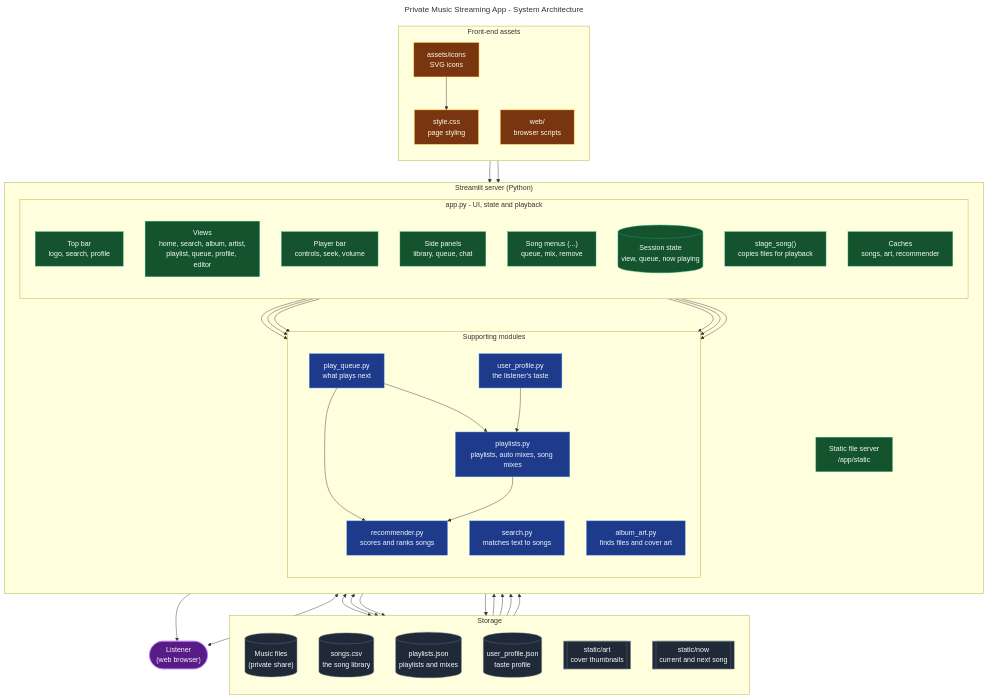
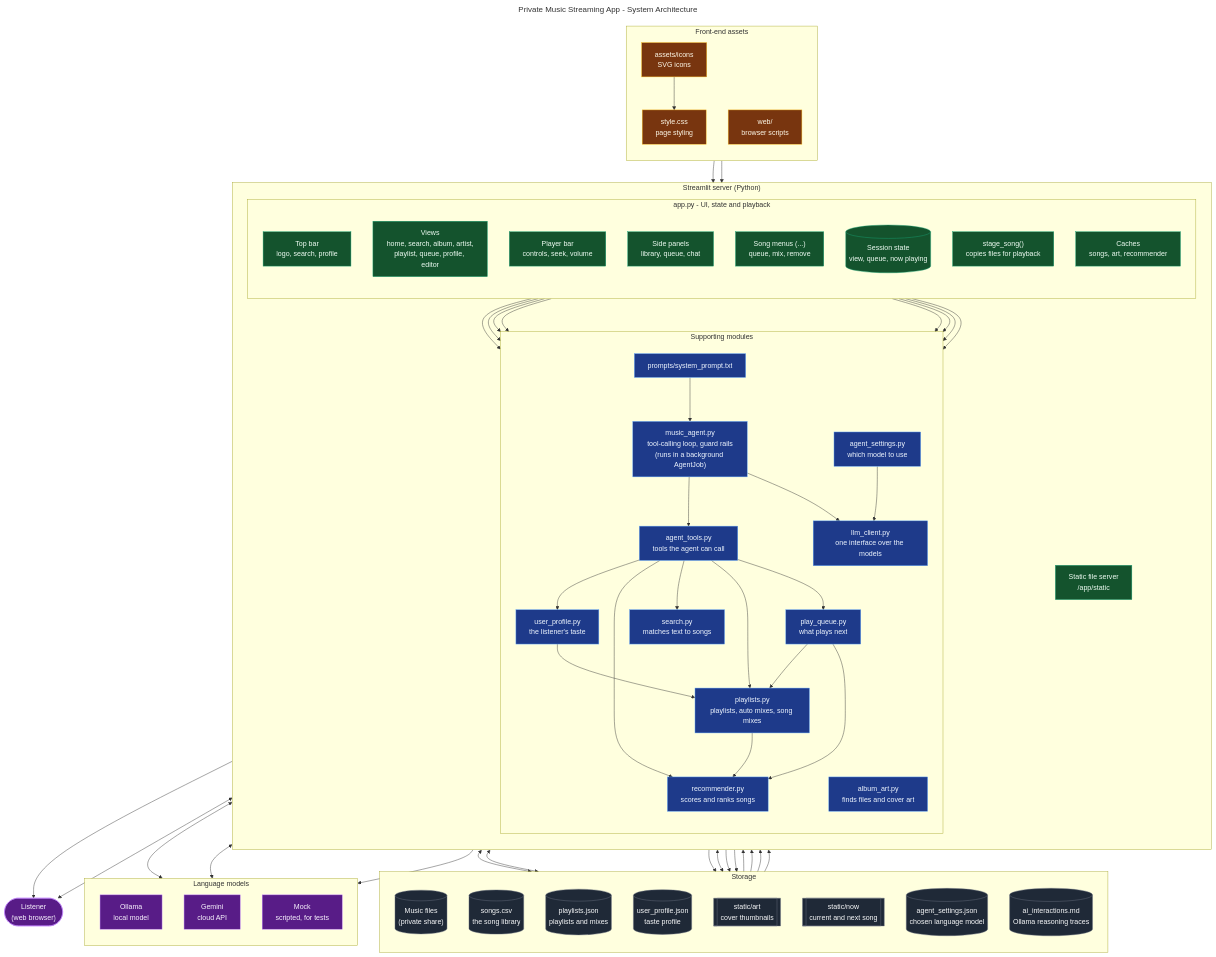
The diagram in diagrams/architecture.mmd (GiorgioCassata/applied-ai-system-project), drawn with Mermaid before and after one commit. The commit also changed 3 other files, not shown here.

```diff
--- a/diagrams/architecture.mmd
+++ b/diagrams/architecture.mmd
@@ -1,103 +1,137 @@
 ---
 title: Private Music Streaming App - System Architecture
 ---
 flowchart TB
 
     %% ---------- Actors ----------
     user(["Listener<br/>(web browser)"])
 
     %% ---------- Storage ----------
     subgraph storage["Storage"]
         direction TB
         music[("Music files<br/>(private share)")]
         csv[("songs.csv<br/>the song library")]
         pljson[("playlists.json<br/>playlists and mixes")]
         profjson[("user_profile.json<br/>taste profile")]
         artdir[["static/art<br/>cover thumbnails"]]
         nowdir[["static/now<br/>current and next song"]]
+        settingsjson[("agent_settings.json<br/>chosen language model")]
+        tracemd[("ai_interactions.md<br/>Ollama reasoning traces")]
+    end
+
+    %% ---------- Language models ----------
+    subgraph models["Language models"]
+        direction TB
+        ollama["Ollama<br/>local model"]
+        gemini["Gemini<br/>cloud API"]
+        mock["Mock<br/>scripted, for tests"]
     end
 
     %% ---------- Front-end assets ----------
     subgraph assets["Front-end assets"]
         direction TB
         css["style.css<br/>page styling"]
         icons["assets/icons<br/>SVG icons"]
         web["web/<br/>browser scripts"]
     end
 
     %% ---------- Streamlit server ----------
     subgraph server["Streamlit server (Python)"]
         direction TB
 
         subgraph appbox["app.py - UI, state and playback"]
             direction TB
             topbar["Top bar<br/>logo, search, profile"]
             views["Views<br/>home, search, album, artist,<br/>playlist, queue, profile, editor"]
             player["Player bar<br/>controls, seek, volume"]
             panels["Side panels<br/>library, queue, chat"]
             menus["Song menus (...)<br/>queue, mix, remove"]
             session[("Session state<br/>view, queue, now playing")]
             stage["stage_song()<br/>copies files for playback"]
             cache["Caches<br/>songs, art, recommender"]
         end
 
         subgraph logic["Supporting modules"]
             direction TB
             recsys["recommender.py<br/>scores and ranks songs"]
             queue["play_queue.py<br/>what plays next"]
             plib["playlists.py<br/>playlists, auto mixes, song mixes"]
             searchlib["search.py<br/>matches text to songs"]
             proflib["user_profile.py<br/>the listener's taste"]
             artlib["album_art.py<br/>finds files and cover art"]
+            agent["music_agent.py<br/>tool-calling loop, guard rails<br/>(runs in a background AgentJob)"]
+            tools["agent_tools.py<br/>tools the agent can call"]
+            llm["llm_client.py<br/>one interface over the models"]
+            asettings["agent_settings.py<br/>which model to use"]
+            prompt["prompts/system_prompt.txt"]
         end
 
         static["Static file server<br/>/app/static"]
     end
 
     %% ---------- Listener ----------
     user <--> appbox
     static --> user
 
     %% ---------- App uses the modules ----------
     appbox --> recsys
     appbox --> queue
     appbox --> plib
     appbox --> searchlib
     appbox --> proflib
     appbox --> artlib
+    panels --> agent
+    appbox --> asettings
 
     %% ---------- Modules use each other ----------
     plib --> recsys
     queue --> recsys
     queue --> plib
     proflib --> plib
 
+    %% ---------- Chat agent ----------
+    prompt --> agent
+    agent --> llm
+    agent --> tools
+    tools --> queue
+    tools --> plib
+    tools --> searchlib
+    tools --> recsys
+    tools --> proflib
+    asettings --> llm
+    llm <--> ollama
+    llm <--> gemini
+    llm --> mock
+
     %% ---------- Storage ----------
     csv --> recsys
     plib <--> pljson
     proflib <--> profjson
     artlib --> music
+    asettings <--> settingsjson
+    agent --> tracemd
 
     %% ---------- Audio and art delivery ----------
     music --> stage
     stage --> nowdir
     nowdir --> static
     artdir --> static
 
     %% ---------- Front-end assets ----------
     icons --> css
     css --> appbox
     web --> appbox
 
     %% ---------- Styling ----------
     classDef store fill:#1f2937,stroke:#6b7280,color:#f9fafb;
     classDef ui fill:#14532d,stroke:#17A173,color:#f0fdf4;
     classDef logic fill:#1e3a8a,stroke:#60a5fa,color:#eff6ff;
     classDef actor fill:#581c87,stroke:#c084fc,color:#faf5ff;
     classDef asset fill:#78350f,stroke:#fbbf24,color:#fffbeb;
 
-    class music,csv,pljson,profjson,artdir,nowdir store;
+    class music,csv,pljson,profjson,artdir,nowdir,settingsjson,tracemd store;
     class topbar,views,player,panels,menus,session,stage,cache,static ui;
-    class recsys,queue,plib,searchlib,proflib,artlib,cli logic;
+    class recsys,queue,plib,searchlib,proflib,artlib,agent,tools,llm,asettings,prompt logic;
+    class ollama,gemini,mock actor;
     class css,icons,web asset;
     class user actor;
```
